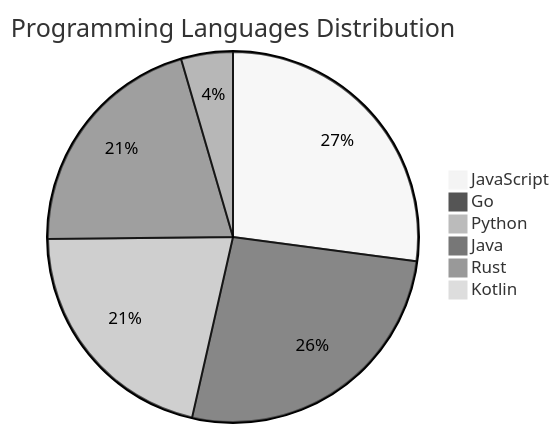
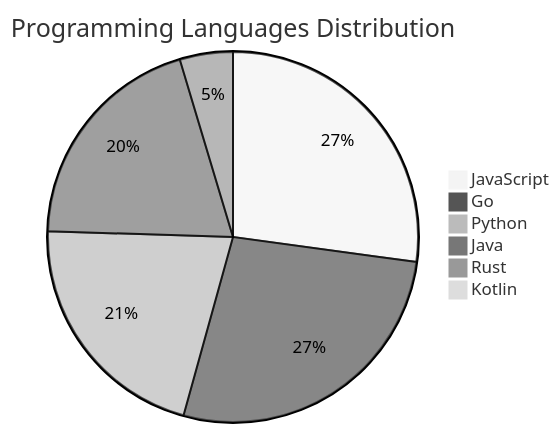
Before and after one commit to Derrick-MUGISHA/github-activity-bot: the diagram in README.md, drawn with Mermaid (neutral theme). The commit also changed other lines of this file and 4 other files, not shown here.

````diff
--- a/README.md
+++ b/README.md
@@ -206,9 +205,9 @@
 ```mermaid
 pie title Programming Languages Distribution
-    "JavaScript" : 42
+    "JavaScript" : 41
     "Go" : 41
-    "Python" : 33
-    "Java" : 32
+    "Python" : 32
+    "Java" : 30
     "Rust" : 7
     "Kotlin" : 1
 ```
````
